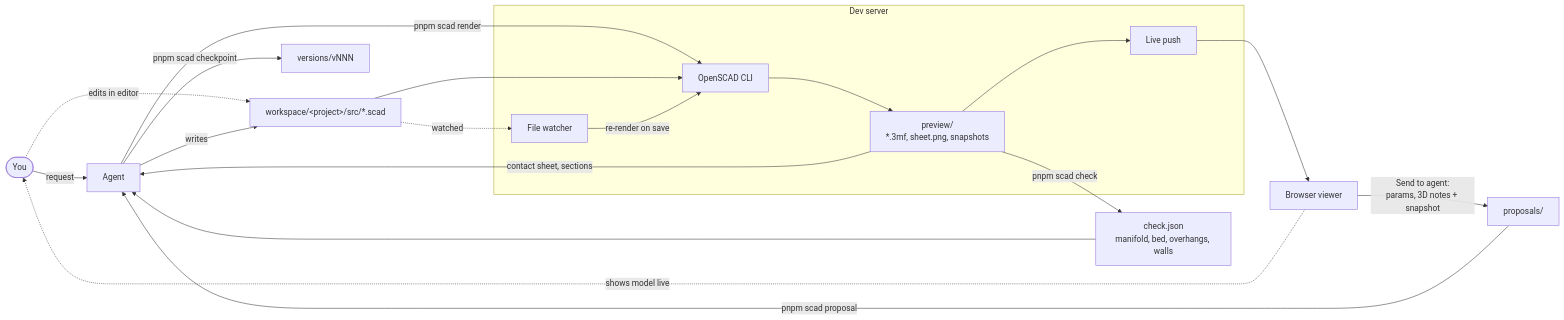
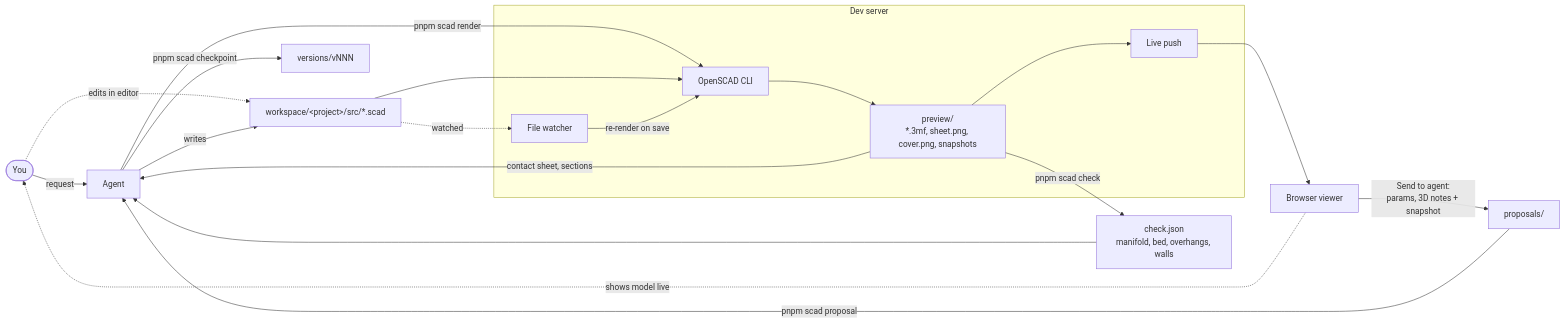
The diagram in README.md (KennethWussmann/openscad-agentic-workspace), drawn with Mermaid before and after one commit. The commit also changed other lines of this file and 34 other files, not shown here.

````diff
--- a/README.md
+++ b/README.md
@@ -32,24 +32,24 @@
 ```mermaid
 flowchart LR
     you([You]) -->|request| agent[Agent]
     you -.->|edits in editor| src
     agent -->|writes| src["workspace/#lt;project#gt;/src/*.scad"]
     agent -->|pnpm scad render| cli[OpenSCAD CLI]
     src --> cli
-    cli --> preview["preview/<br/>*.3mf, sheet.png, snapshots"]
+    cli --> preview["preview/<br/>*.3mf, sheet.png, cover.png, snapshots"]
     preview -->|contact sheet, sections| agent
     preview -->|pnpm scad check| check["check.json<br/>manifold, bed, overhangs, walls"]
     check --> agent
     agent -->|pnpm scad checkpoint| versions["versions/vNNN"]
 
     subgraph dev [Dev server]
         watcher[File watcher] -->|re-render on save| cli
         preview --> push[Live push]
     end
 
     src -.->|watched| watcher
     push --> viewer[Browser viewer]
     viewer -->|Send to agent:<br/>params, 3D notes + snapshot| proposals["proposals/"]
     proposals -->|pnpm scad proposal| agent
     viewer -.->|shows model live| you
 ```
````
